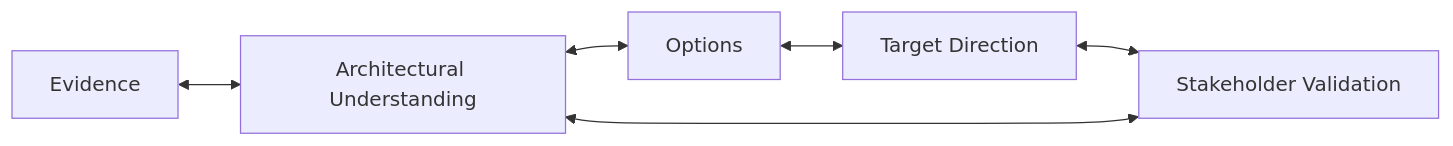
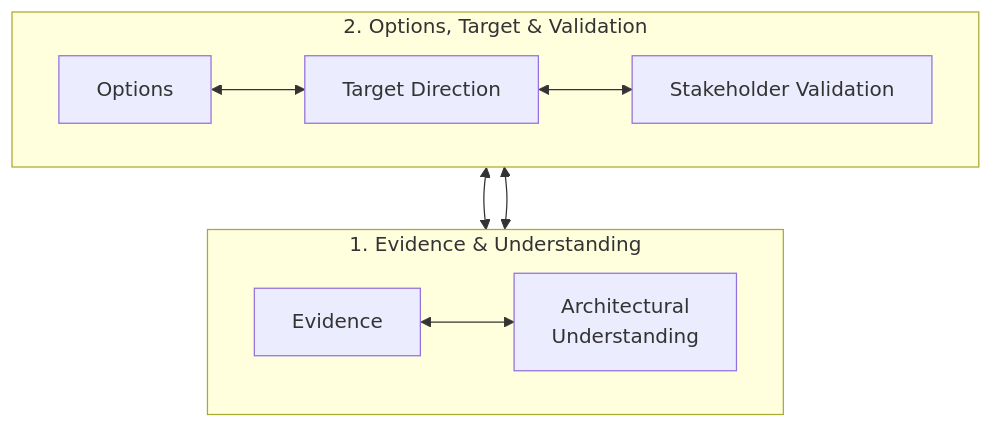
Before and after one commit to avfranco-br/portfolio: the fifth of 16 diagrams in docs/sop/02-target-architecture.md, drawn with Mermaid. The commit also changed other lines of this file and 10 other files, not shown here.

Commit message:
Refactor Mermaid diagrams across SOP and methods documentation for legibility

````diff
--- a/docs/sop/02-target-architecture.md
+++ b/docs/sop/02-target-architecture.md
@@ -364,13 +381,16 @@
 ```mermaid
-flowchart LR
-    E["Evidence"]
-    U["Architectural Understanding"]
-    O["Options"]
-    T["Target Direction"]
-    S["Stakeholder Validation"]
-    E <--> U
+flowchart TD
+    subgraph Context_Evidence["1. Evidence & Understanding"]
+        direction LR
+        E["Evidence"] <--> U["Architectural<br/>Understanding"]
+    end
+
+    subgraph Solution_Space["2. Options, Target & Validation"]
+        direction LR
+        O["Options"] <--> T["Target Direction"]
+        T <--> S["Stakeholder Validation"]
+    end
+
     U <--> O
-    O <--> T
-    T <--> S
     S <--> U
 ```
````
